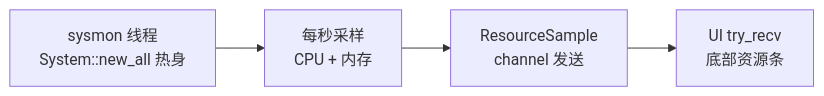
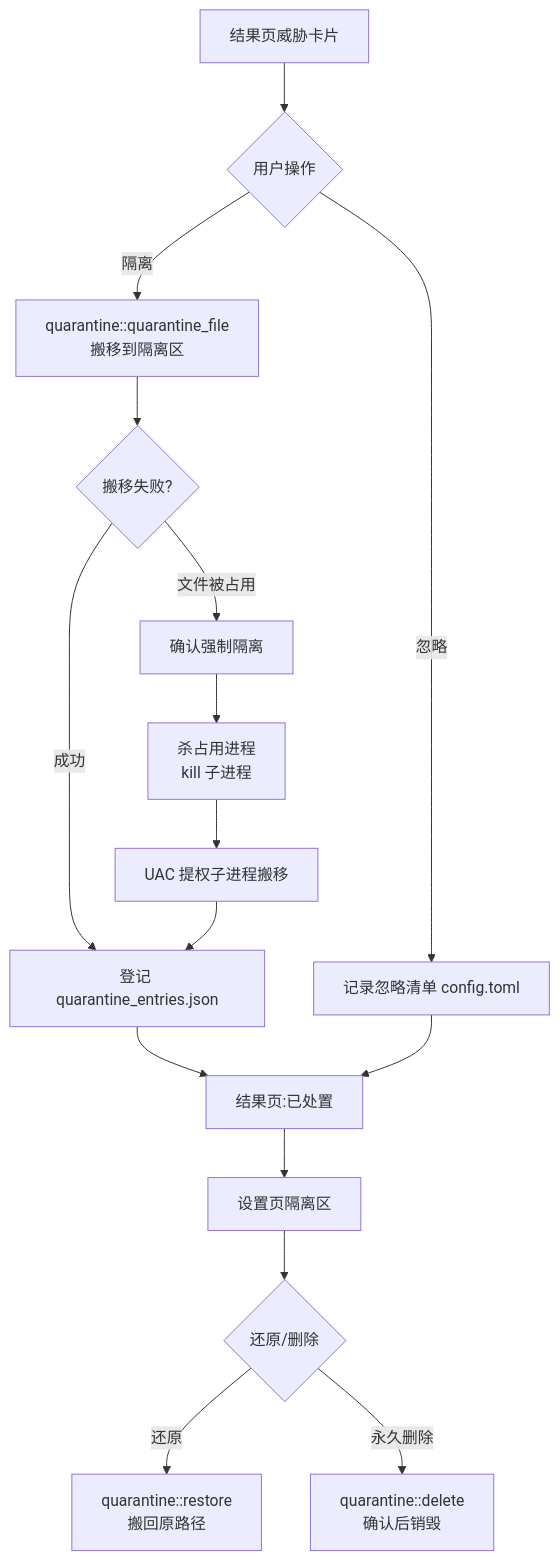
Before and after one commit to sopaco/CLV3000: the fifth of 7 diagrams in .terrain/human/3.工作流.md, drawn with Mermaid. The commit also changed other lines of this file and 11 other files, not shown here.

````diff
--- a/.terrain/human/3.工作流.md
+++ b/.terrain/human/3.工作流.md
@@ -188,6 +134,18 @@
 ```mermaid
-flowchart LR
-    A["sysmon 线程<br/>System::new_all 热身"] --> B["每秒采样<br/>CPU + 内存"]
-    B --> C["ResourceSample<br/>channel 发送"]
-    C --> D["UI try_recv<br/>底部资源条"]
+flowchart TD
+    A["结果页威胁卡片"] --> B{"用户操作"}
+    B -- 隔离 --> C["quarantine::quarantine_file<br/>搬移到隔离区"]
+    C --> D{"搬移失败?"}
+    D -- 文件被占用 --> E["确认强制隔离"]
+    E --> F["杀占用进程<br/>kill 子进程"]
+    F --> G["UAC 提权子进程搬移"]
+    D -- 成功 --> H["登记 quarantine_entries.json"]
+    G --> H
+    B -- 忽略 --> I["记录忽略清单 config.toml"]
+    H --> J["结果页:已处置"]
+    I --> J
+    J --> K["设置页隔离区"]
+    K --> L{"还原/删除"}
+    L -- 还原 --> M["quarantine::restore<br/>搬回原路径"]
+    L -- 永久删除 --> N["quarantine::delete<br/>确认后销毁"]
 ```
````
